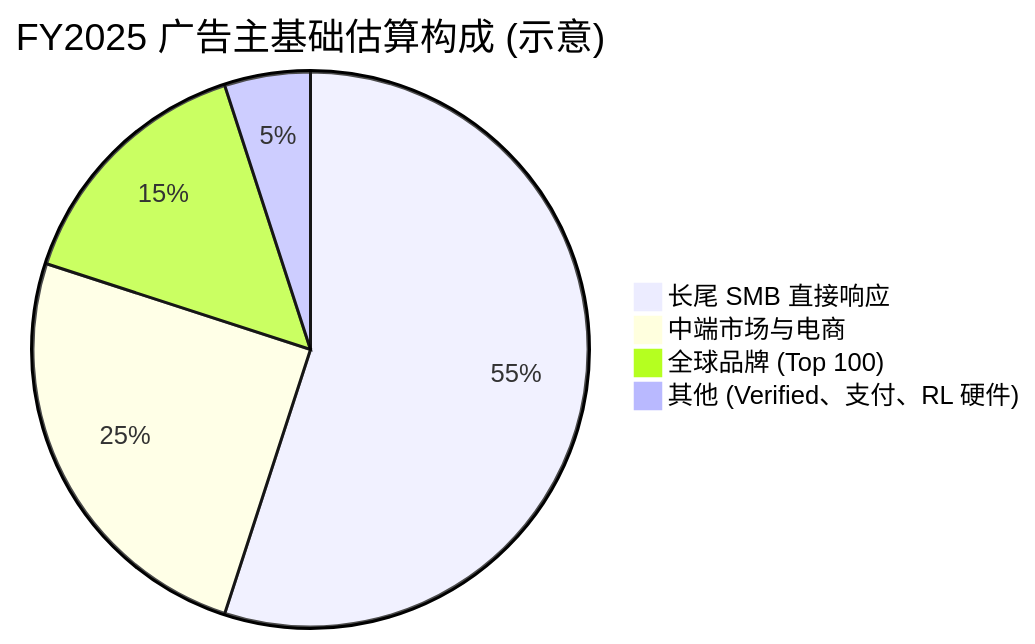
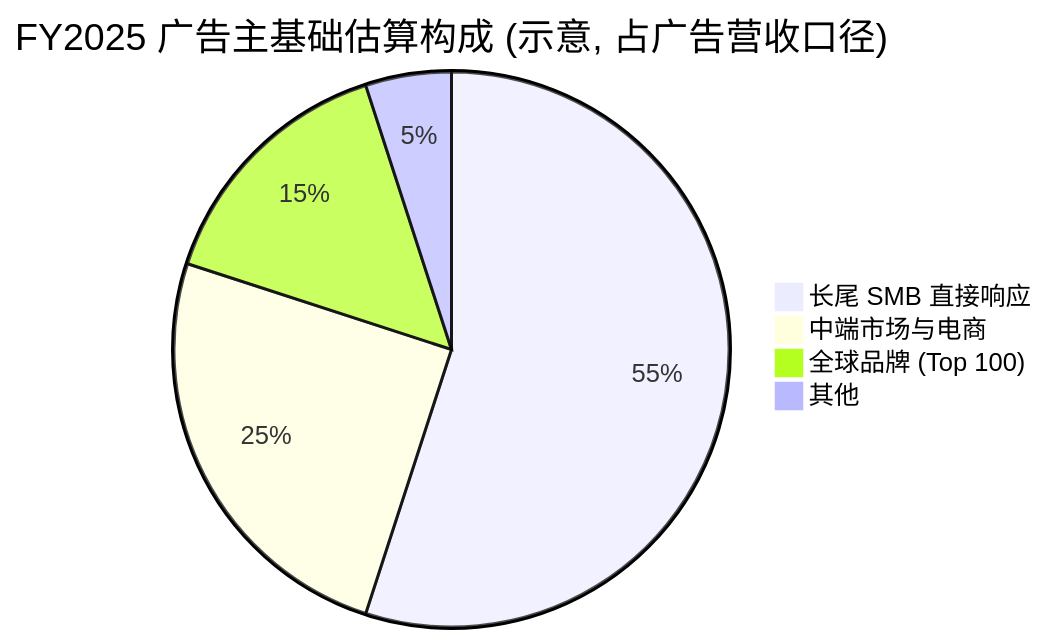
Before and after one commit to dadachundan/financial_agent: the third of 5 diagrams in reports/company/Meta_NASDAQ_META/Meta_NASDAQ_META_公司研究.md, drawn with Mermaid. The commit also changed other lines of this file, not shown here.

First line of the commit message:
feat(company-research): refresh Meta (META) — full chart suite + decision layer

````diff
--- a/reports/company/Meta_NASDAQ_META/Meta_NASDAQ_META_公司研究.md
+++ b/reports/company/Meta_NASDAQ_META/Meta_NASDAQ_META_公司研究.md
@@ -184,7 +526,7 @@
 ```mermaid
-pie title FY2025 广告主基础估算构成 (示意)
+pie title FY2025 广告主基础估算构成 (示意, 占广告营收口径)
   "长尾 SMB 直接响应" : 55
   "中端市场与电商" : 25
   "全球品牌 (Top 100)" : 15
-  "其他 (Verified、支付、RL 硬件)" : 5
+  "其他" : 5
 ```
````
